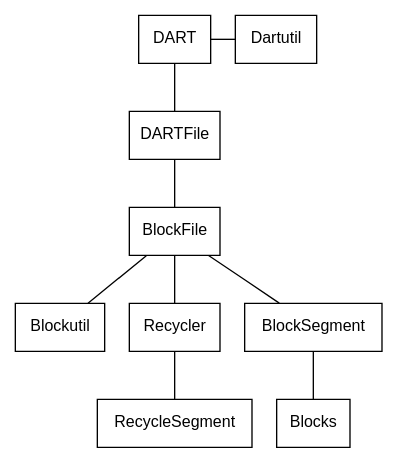
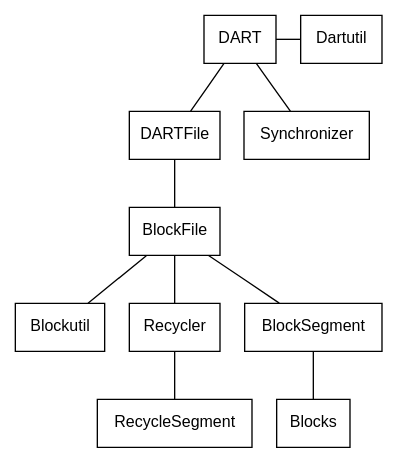
The first of 3 diagrams in documents/architecture/DART.md (tagion/tagion), drawn with Graphviz before and after one commit. The commit also changed 2 other files, not shown here.

Commit message:
update coverage

````diff
--- a/documents/architecture/DART.md
+++ b/documents/architecture/DART.md
@@ -4,20 +4,21 @@
 ```graphviz
 digraph module_diagram {
     rankdir="TB"; // Top to Bottom direction
     node [shape="rectangle", fontsize=12, fontname="Helvetica"];
     edge [fontsize=10, fontname="Helvetica"];
 
     DART -> Dartutil [dir="none", weight=100];
     DART -> DARTFile [dir="none", weight=100];
+    DART -> Synchronizer [dir="none", weight=100];
     DARTFile -> BlockFile [dir="none", weight=100];
     BlockFile -> Blockutil [dir="none", weight=100];
     BlockFile -> Recycler [dir="none", weight=100];
     BlockFile -> BlockSegment [dir="none", weight=100];
     Recycler -> RecycleSegment [dir="none", weight=100];
     BlockSegment -> Blocks [dir="none", weight=100];
 
     {rank=same; DART Dartutil}
     {rank=same; Blockutil Recycler BlockSegment}
     {rank=same; Blocks RecycleSegment}
 }
 ```
````
